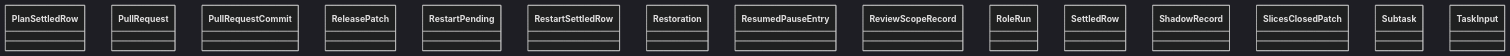
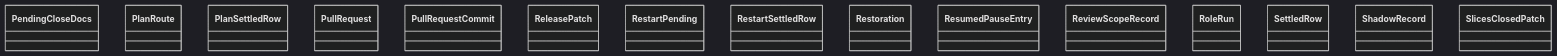
The diagram in docs/architecture/generated/classes-process-domain-state-7.md (GonzaloZevallos/agentic-system), drawn with Mermaid (dark theme) before and after one commit. The commit also changed other lines of this file and 9 other files, not shown here.

Commit message:
Regenerate the architecture pages for DepartureAnswer and DrawingEscalation

````diff
--- a/docs/architecture/generated/classes-process-domain-state-7.md
+++ b/docs/architecture/generated/classes-process-domain-state-7.md
@@ -29,18 +29,18 @@
 ```mermaid
 classDiagram
+    class task__PendingCloseDocs["PendingCloseDocs"]
+    class task__PlanRoute["PlanRoute"]
     class task__PlanSettledRow["PlanSettledRow"]
     class task__PullRequest["PullRequest"]
     class task__PullRequestCommit["PullRequestCommit"]
     class task__ReleasePatch["ReleasePatch"]
     class task__RestartPending["RestartPending"]
     class task__RestartSettledRow["RestartSettledRow"]
     class task__Restoration["Restoration"]
     class task__ResumedPauseEntry["ResumedPauseEntry"]
     class task__ReviewScopeRecord["ReviewScopeRecord"]
     class task__RoleRun["RoleRun"]
     class task__SettledRow["SettledRow"]
     class task__ShadowRecord["ShadowRecord"]
     class task__SlicesClosedPatch["SlicesClosedPatch"]
-    class task__Subtask["Subtask"]
-    class task__TaskInput["TaskInput"]
 ```
````
